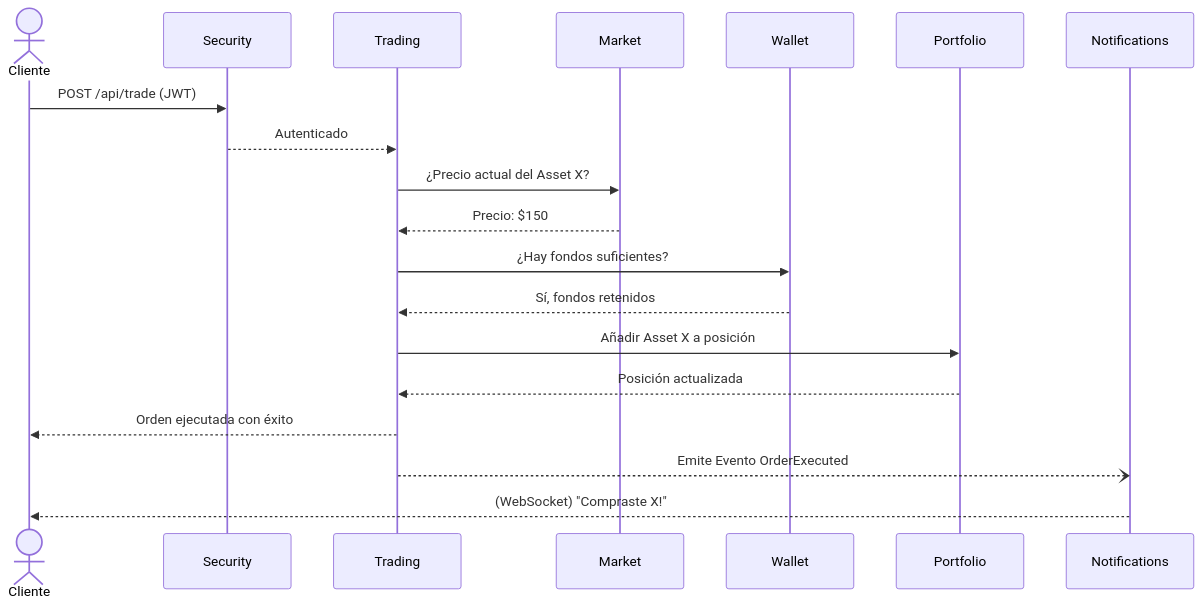
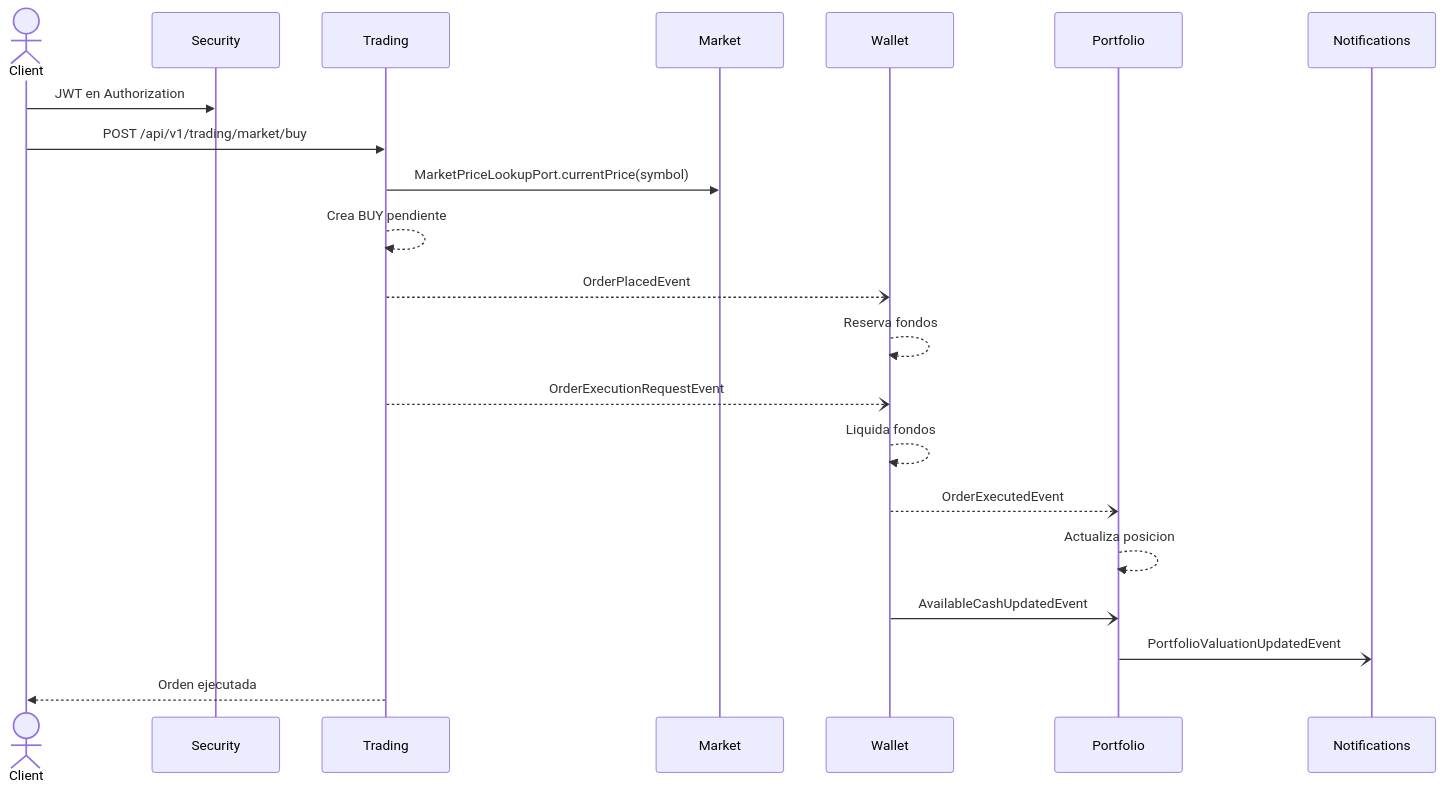
One commit to SergioGarciaRuiz557/EZTrade changed the diagram in EZTrade/backend/README.md. Above: the diagram before and after it, drawn with Mermaid. The commit also changed other lines of this file and 48 other files, not shown here.

````diff
--- a/EZTrade/backend/README.md
+++ b/EZTrade/backend/README.md
@@ -89,22 +81,24 @@
 ```mermaid
 sequenceDiagram
-    actor Cliente
+    actor Client
     participant Security
     participant Trading
     participant Market
     participant Wallet
     participant Portfolio
     participant Notifications
 
-    Cliente->>Security: POST /api/trade (JWT)
-    Security-->>Trading: Autenticado
-    Trading->>Market: ¿Precio actual del Asset X?
-    Market-->>Trading: Precio: $150
-    Trading->>Wallet: ¿Hay fondos suficientes?
-    Wallet-->>Trading: Sí, fondos retenidos
-    Trading->>Portfolio: Añadir Asset X a posición
-    Portfolio-->>Trading: Posición actualizada
-    Trading-->>Cliente: Orden ejecutada con éxito
-    Trading--)Notifications: Emite Evento OrderExecuted
-    Notifications-->>Cliente: (WebSocket) "Compraste X!"
+    Client->>Security: JWT en Authorization
+    Client->>Trading: POST /api/v1/trading/market/buy
+    Trading->>Market: MarketPriceLookupPort.currentPrice(symbol)
+    Trading-->>Trading: Crea BUY pendiente
+    Trading--)Wallet: OrderPlacedEvent
+    Wallet-->>Wallet: Reserva fondos
+    Trading--)Wallet: OrderExecutionRequestEvent
+    Wallet-->>Wallet: Liquida fondos
+    Wallet--)Portfolio: OrderExecutedEvent
+    Portfolio-->>Portfolio: Actualiza posicion
+    Wallet-)Portfolio: AvailableCashUpdatedEvent
+    Portfolio-)Notifications: PortfolioValuationUpdatedEvent
+    Trading-->>Client: Orden ejecutada
 ```
````
